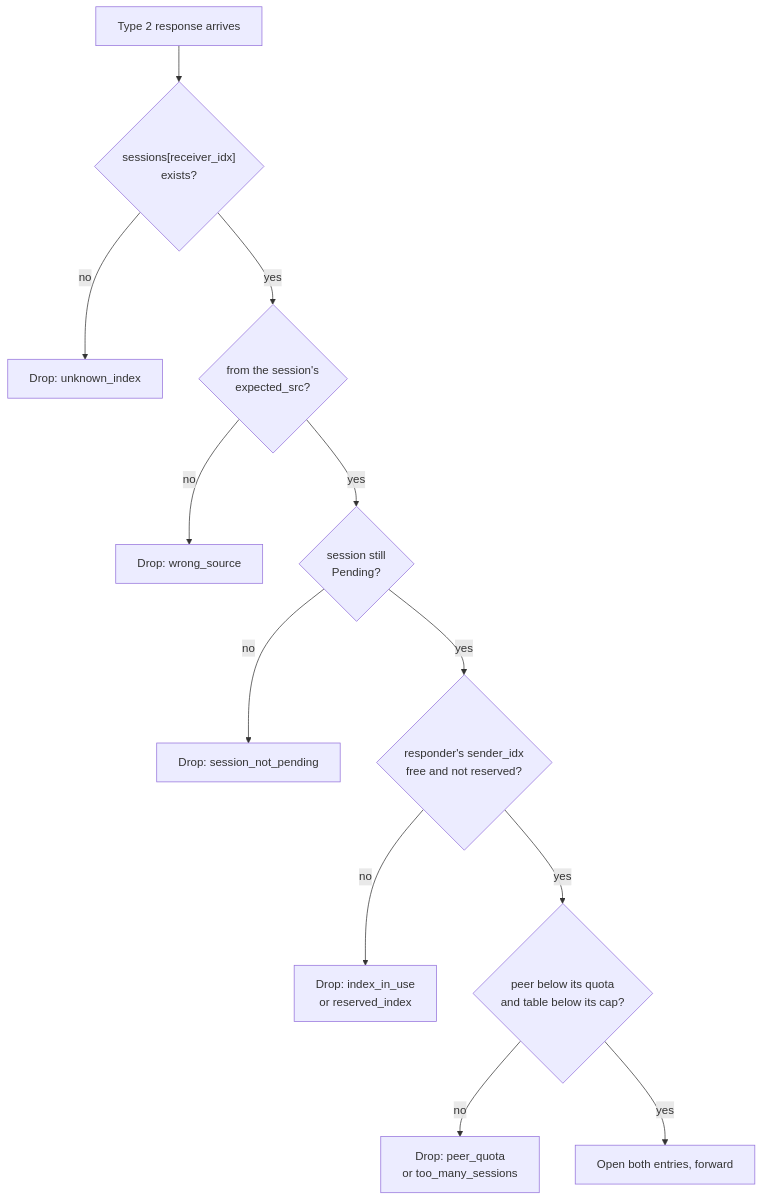
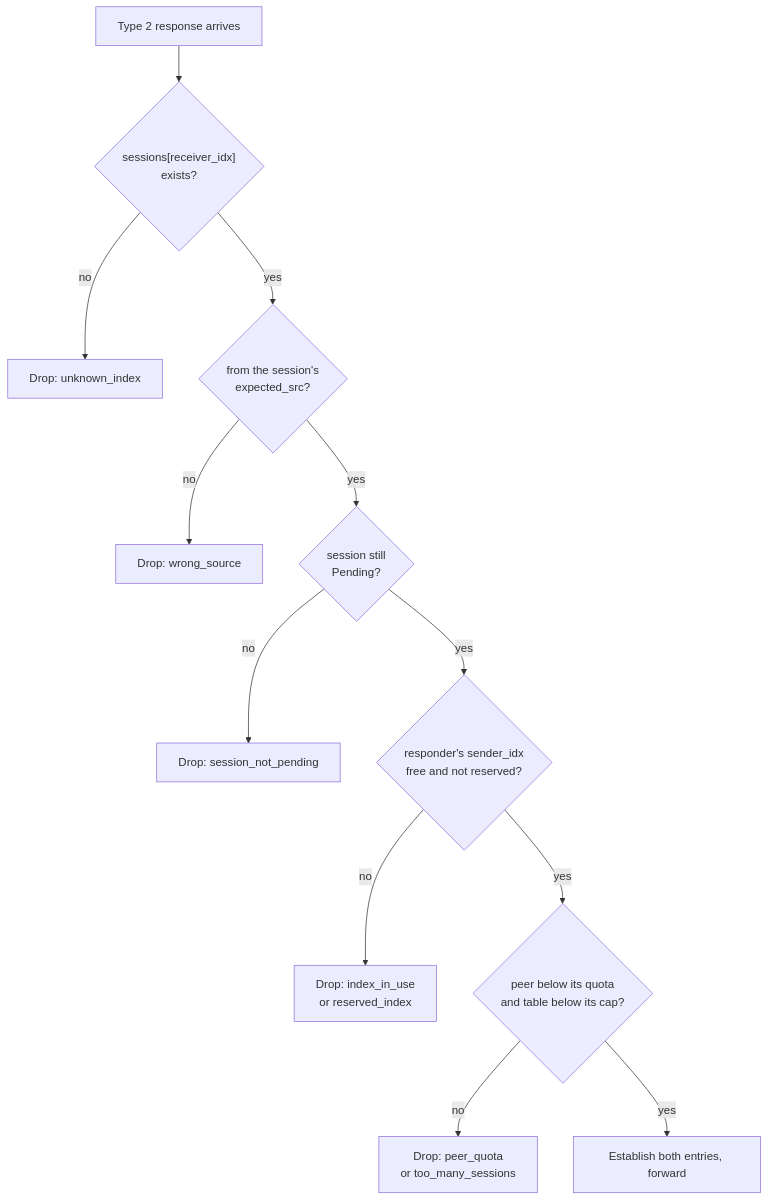
Diagram 14 of 23 in docs/how-it-works.md (3alpha/wg-relay), drawn with Mermaid before and after one commit. The commit also changed other lines of this file and 16 other files, not shown here.

````diff
--- a/docs/how-it-works.md
+++ b/docs/how-it-works.md
@@ -498,14 +498,14 @@
 ```mermaid
 flowchart TD
     A["Type 2 response arrives"] --> B{"sessions[receiver_idx]<br/>exists?"}
     B -- no --> X1["Drop: unknown_index"]
     B -- yes --> C{"from the session's<br/>expected_src?"}
     C -- no --> X2["Drop: wrong_source"]
     C -- yes --> P{"session still<br/>Pending?"}
     P -- no --> X3["Drop: session_not_pending"]
     P -- yes --> I{"responder's sender_idx<br/>free and not reserved?"}
     I -- no --> X4["Drop: index_in_use<br/>or reserved_index"]
     I -- yes --> Q{"peer below its quota<br/>and table below its cap?"}
     Q -- no --> X5["Drop: peer_quota<br/>or too_many_sessions"]
-    Q -- yes --> OK["Open both entries, forward"]
+    Q -- yes --> OK["Establish both entries, forward"]
 ```
````
